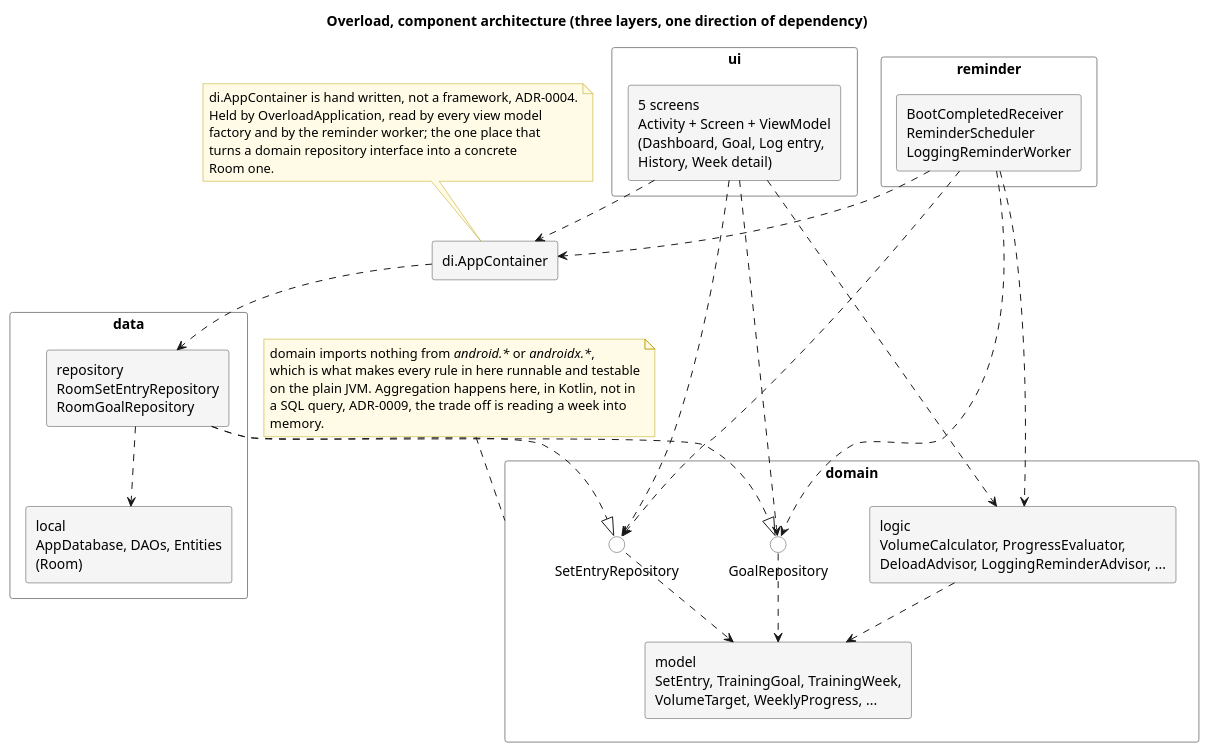
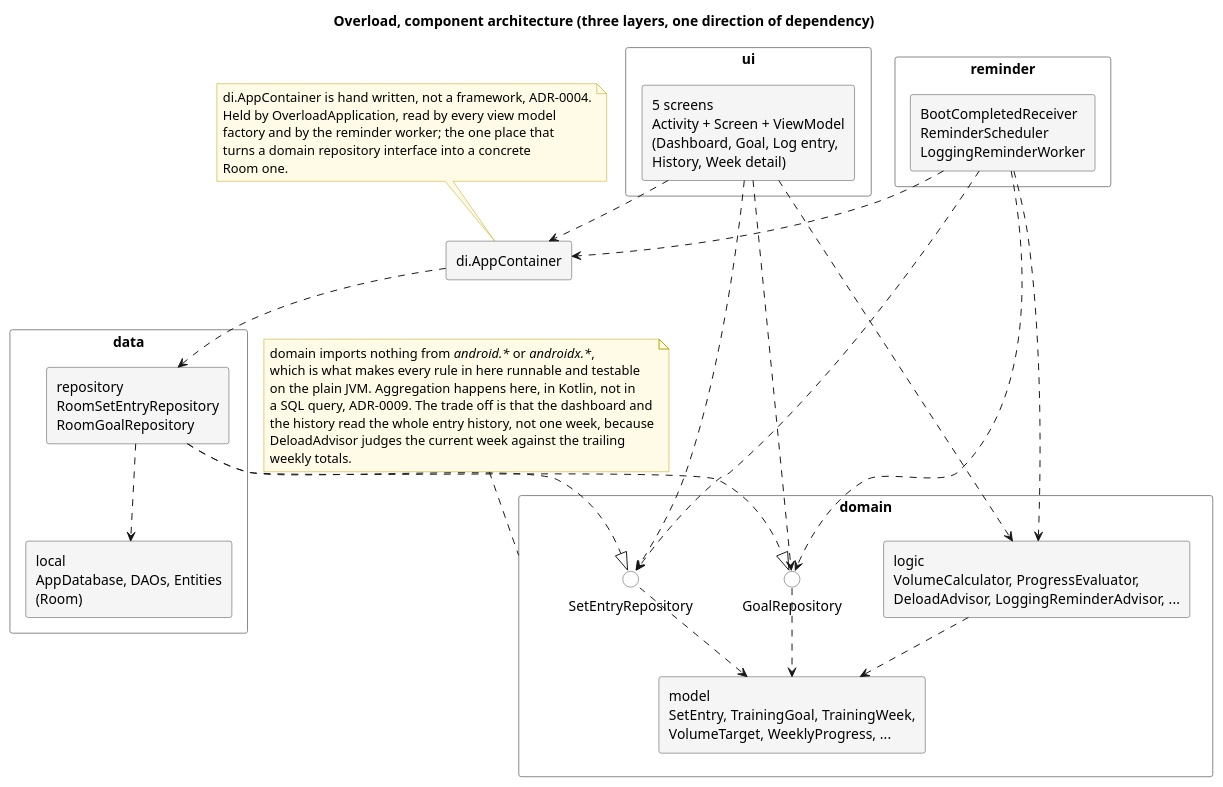
Before and after one commit to MianGo7/overload-android: the diagram in docs/diagrams/component-architecture.puml, drawn with PlantUML.

Commit message:
docs(diagrams): sharpen the aggregation trade off note, report 3.1
Names why the whole entry history is read rather than one week:
DeloadAdvisor judges the current week against the trailing weekly
totals, not just the vaguer "reading a week into memory" the note
said before.

```diff
--- a/docs/diagrams/component-architecture.puml
+++ b/docs/diagrams/component-architecture.puml
@@ -1,91 +1,93 @@
 @startuml component-architecture
 ' Chapter 3, Software design, section 3.1: architecture and component
 ' interaction. Renders with any PlantUML processor, for example
 ' https://www.plantuml.com/plantuml or a local toolchain:
 ' plantuml docs/diagrams/component-architecture.puml
 ' Source of the facts shown here: docs/decision-log.md ADR-0002, ADR-0004,
 ' ADR-0009, and the package structure under app/src/main/java.
 
 skinparam componentStyle rectangle
 skinparam backgroundColor white
 skinparam packageStyle rectangle
 skinparam shadowing false
 skinparam component {
   BackgroundColor #F5F5F5
   BorderColor #444444
 }
 skinparam package {
   BorderColor #888888
   FontStyle bold
 }
 skinparam interface {
   BackgroundColor #FFFFFF
   BorderColor #444444
 }
 skinparam note {
   BackgroundColor #FFFBE6
   BorderColor #B8A000
 }
 
 title Overload, component architecture (three layers, one direction of dependency)
 
 package "ui" as ui {
   component "5 screens\nActivity + Screen + ViewModel\n(Dashboard, Goal, Log entry,\nHistory, Week detail)" as UiScreens
 }
 
 package "reminder" as reminder {
   component "BootCompletedReceiver\nReminderScheduler\nLoggingReminderWorker" as Reminder
 }
 
 package "domain" as domain {
   interface "SetEntryRepository" as SetEntryRepo
   interface "GoalRepository" as GoalRepo
   component "logic\nVolumeCalculator, ProgressEvaluator,\nDeloadAdvisor, LoggingReminderAdvisor, ..." as Logic
   component "model\nSetEntry, TrainingGoal, TrainingWeek,\nVolumeTarget, WeeklyProgress, ..." as Models
   Logic ..> Models
   SetEntryRepo ..> Models
   GoalRepo ..> Models
 }
 
 package "data" as data {
   component "repository\nRoomSetEntryRepository\nRoomGoalRepository" as DataRepo
   component "local\nAppDatabase, DAOs, Entities\n(Room)" as RoomLocal
   DataRepo ..> RoomLocal
 }
 
 component "di.AppContainer" as Container
 
 UiScreens ..> Logic
 UiScreens ..> SetEntryRepo
 UiScreens ..> GoalRepo
 UiScreens ..> Container
 
 Reminder ..> Logic
 Reminder ..> SetEntryRepo
 Reminder ..> GoalRepo
 Reminder ..> Container
 
 DataRepo ..|> SetEntryRepo
 DataRepo ..|> GoalRepo
 
 Container ..> DataRepo
 
 note as N1
   domain imports nothing from //android.*// or //androidx.*//,
   which is what makes every rule in here runnable and testable
   on the plain JVM. Aggregation happens here, in Kotlin, not in
-  a SQL query, ADR-0009, the trade off is reading a week into
-  memory.
+  a SQL query, ADR-0009. The trade off is that the dashboard and
+  the history read the whole entry history, not one week, because
+  DeloadAdvisor judges the current week against the trailing
+  weekly totals.
 end note
 N1 .. domain
 
 note as N2
   di.AppContainer is hand written, not a framework, ADR-0004.
   Held by OverloadApplication, read by every view model
   factory and by the reminder worker; the one place that
   turns a domain repository interface into a concrete
   Room one.
 end note
 N2 .. Container
 
 @enduml
```
